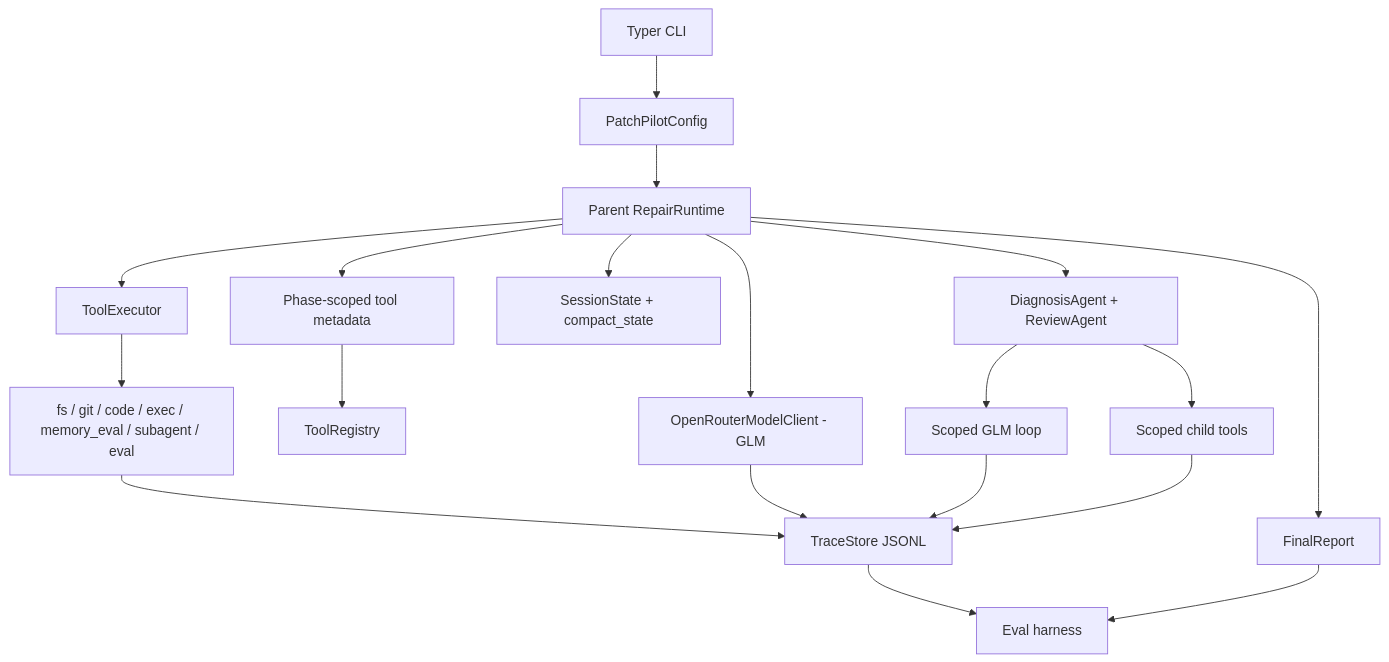
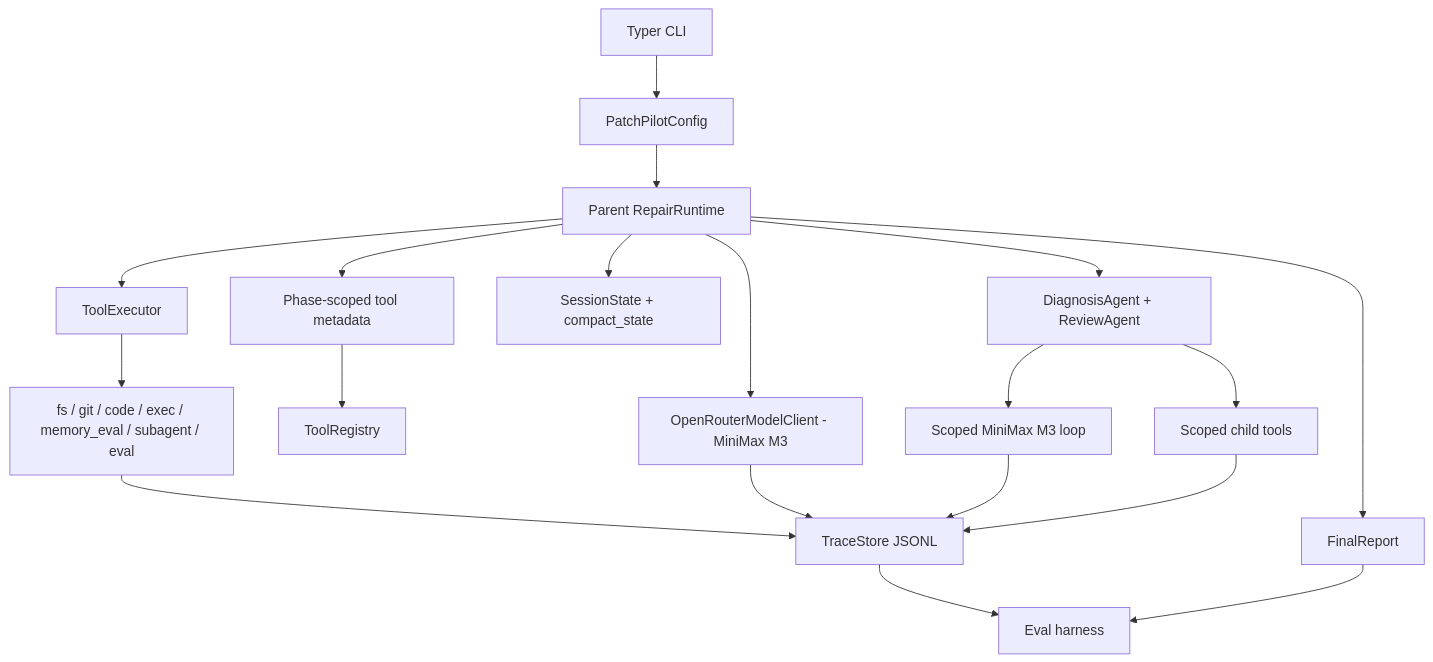
The diagram in docs/plans/2026-06-04-001-feat-patchpilot-v1-real-model-repair-plan.md (anantha99/PatchPilot), drawn with Mermaid before and after one commit. The commit also changed other lines of this file and 12 other files, not shown here.

````diff
--- a/docs/plans/2026-06-04-001-feat-patchpilot-v1-real-model-repair-plan.md
+++ b/docs/plans/2026-06-04-001-feat-patchpilot-v1-real-model-repair-plan.md
@@ -84,21 +84,21 @@
 ```mermaid
 flowchart TB
   CLI["Typer CLI"] --> Config["PatchPilotConfig"]
   Config --> Runtime["Parent RepairRuntime"]
-  Runtime --> Model["OpenRouterModelClient - GLM"]
+  Runtime --> Model["OpenRouterModelClient - MiniMax M3"]
   Runtime --> PhaseViews["Phase-scoped tool metadata"]
   PhaseViews --> Registry["ToolRegistry"]
   Runtime --> Executor["ToolExecutor"]
   Executor --> Tools["fs / git / code / exec / memory_eval / subagent / eval"]
   Runtime --> State["SessionState + compact_state"]
   Tools --> Trace["TraceStore JSONL"]
   Model --> Trace
   Runtime --> Subagents["DiagnosisAgent + ReviewAgent"]
-  Subagents --> ChildModel["Scoped GLM loop"]
+  Subagents --> ChildModel["Scoped MiniMax M3 loop"]
   Subagents --> ChildTools["Scoped child tools"]
   ChildModel --> Trace
   ChildTools --> Trace
   Runtime --> Report["FinalReport"]
   Trace --> Eval["Eval harness"]
   Report --> Eval
 ```
````
